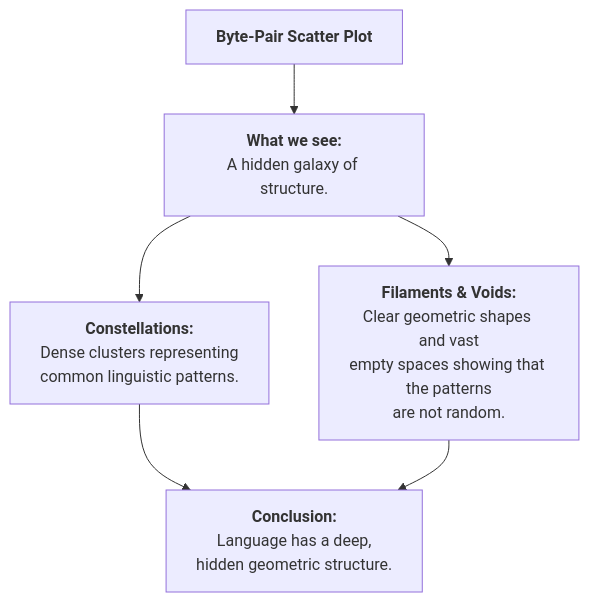
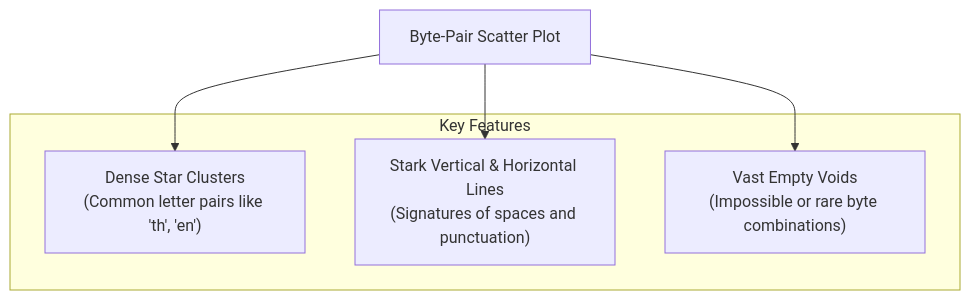
One commit to eltay89/eltay89.github.io changed the second of 4 diagrams in _posts/2025-08-22-analyzing-bytes-for-llms.md. Above: the diagram before and after it, drawn with Mermaid. The commit also changed other lines of this file, not shown here.

````diff
--- a/_posts/2025-08-22-analyzing-bytes-for-llms.md
+++ b/_posts/2025-08-22-analyzing-bytes-for-llms.md
@@ -54,7 +58,12 @@
 ```mermaid
 graph TD
-    A["<b>Byte-Pair Scatter Plot</b>"] --> B["<b>What we see:</b><br>A hidden galaxy of structure."];
-    B --> C["<b>Constellations:</b><br>Dense clusters representing<br>common linguistic patterns."];
-    B --> D["<b>Filaments & Voids:</b><br>Clear geometric shapes and vast<br>empty spaces showing that the patterns<br>are not random."];
-    C & D --> E["<b>Conclusion:</b><br>Language has a deep,<br>hidden geometric structure."];
+    A["Byte-Pair Scatter Plot"]
+    subgraph "Key Features"
+      B["Dense Star Clusters<br>(Common letter pairs like 'th', 'en')"]
+      C["Stark Vertical & Horizontal Lines<br>(Signatures of spaces and punctuation)"]
+      D["Vast Empty Voids<br>(Impossible or rare byte combinations)"]
+    end
+    A --> B
+    A --> C
+    A --> D
 ```
````
